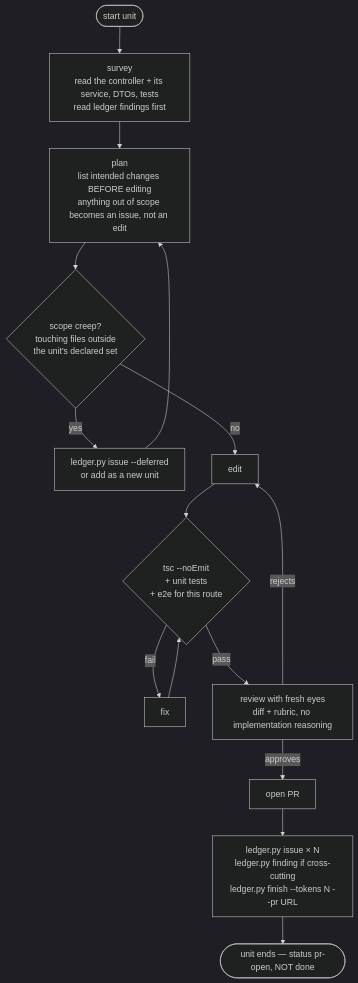
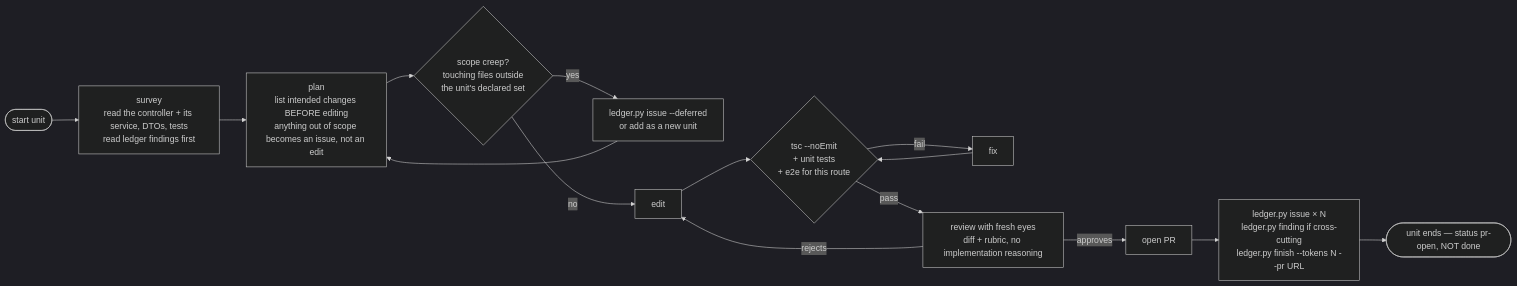
The diagram in dotfiles/claude/skills/workflow-graph/references/unit-workflow.md (zkfn/fresh.sh), drawn with Mermaid (dark theme) before and after one commit. The commit also changed 6 other files, not shown here.

Commit message:
added mermaid support for nvim and workflow skill

````diff
--- a/dotfiles/claude/skills/workflow-graph/references/unit-workflow.md
+++ b/dotfiles/claude/skills/workflow-graph/references/unit-workflow.md
@@ -6,17 +6,17 @@
 ```mermaid
-flowchart TD
+flowchart LR
     A([start unit]) --> SURVEY["survey<br/>read the controller + its service, DTOs, tests<br/>read ledger findings first"]
     SURVEY --> PLAN["plan<br/>list intended changes BEFORE editing<br/>anything out of scope becomes an issue, not an edit"]
     PLAN --> SCOPE{"scope creep?<br/>touching files outside<br/>the unit's declared set"}
     SCOPE -->|yes| DEFER["ledger.py issue --deferred<br/>or add as a new unit"]
     DEFER --> PLAN
     SCOPE -->|no| EDIT["edit"]
     EDIT --> VERIFY{"tsc --noEmit<br/>+ unit tests<br/>+ e2e for this route"}
     VERIFY -->|fail| FIX["fix"]
     FIX --> VERIFY
     VERIFY -->|pass| REVIEW["review with fresh eyes<br/>diff + rubric, no implementation reasoning"]
     REVIEW -->|rejects| EDIT
     REVIEW -->|approves| PR["open PR"]
     PR --> LOG["ledger.py issue × N<br/>ledger.py finding if cross-cutting<br/>ledger.py finish --tokens N --pr URL"]
     LOG --> Z([unit ends — status pr-open, NOT done])
 ```
````
